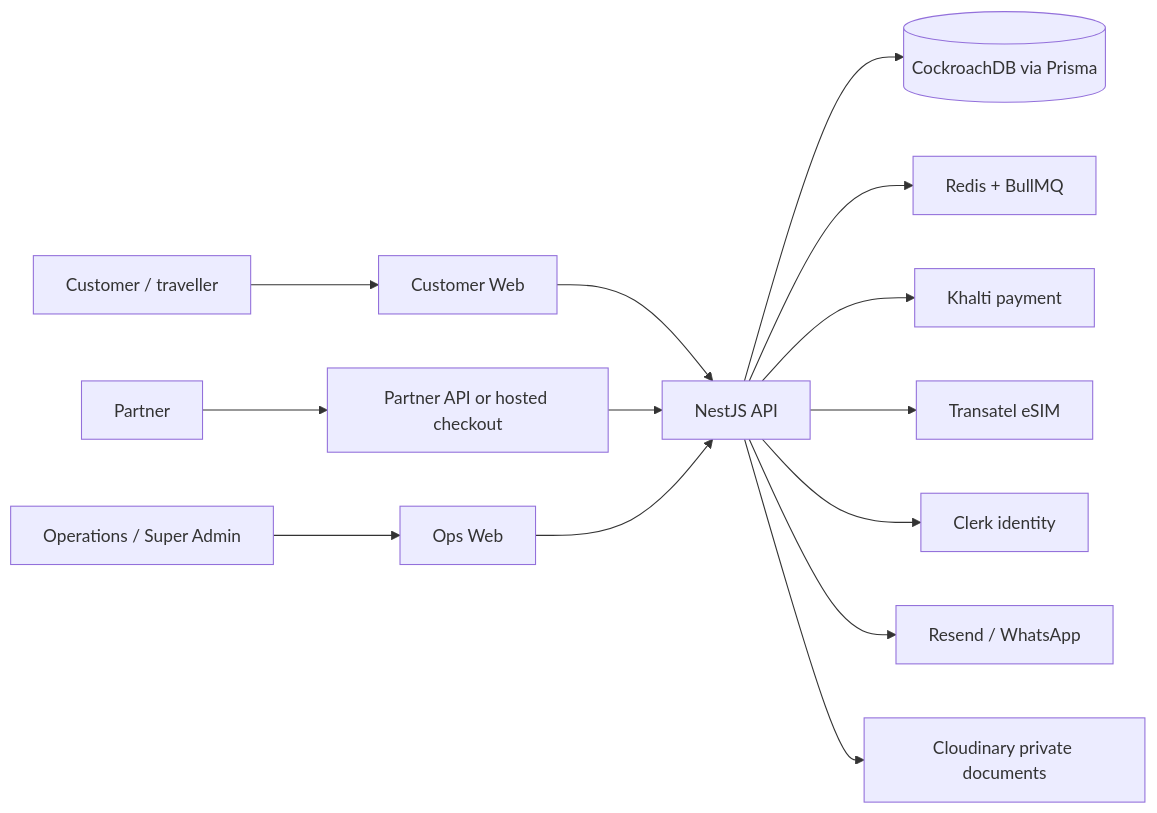
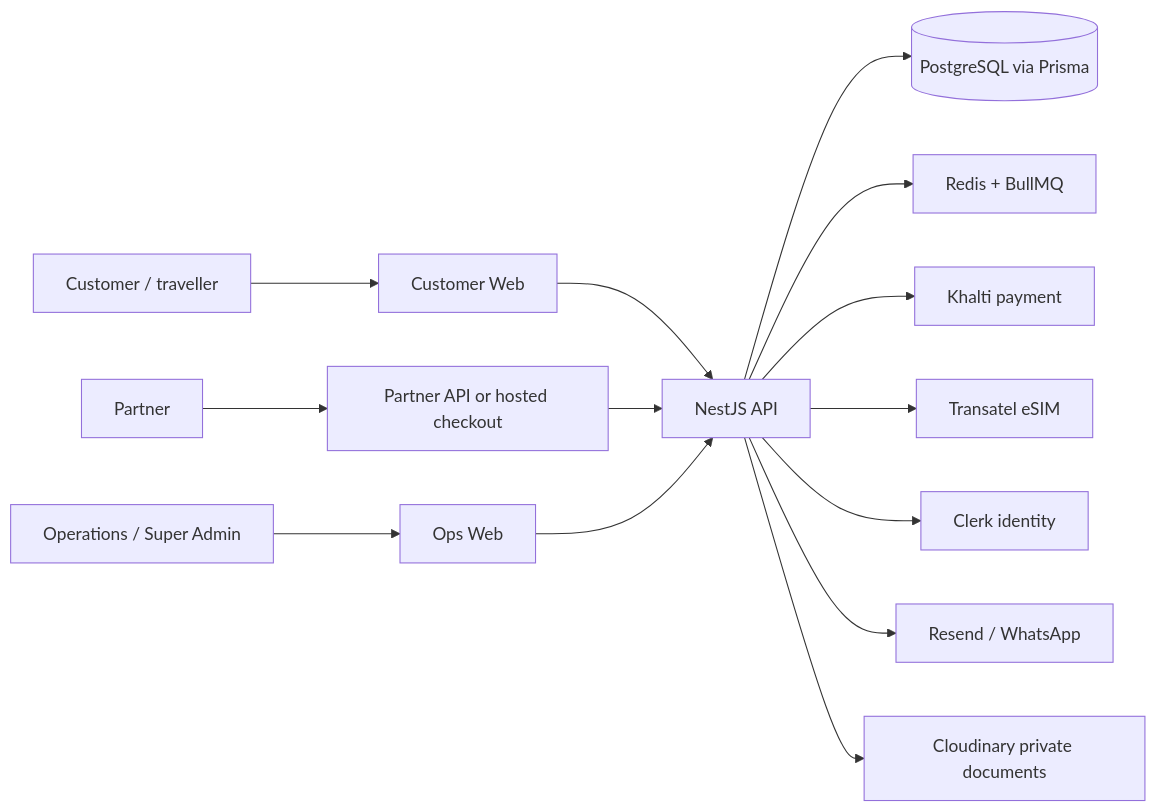
Before and after one commit to aaaaa012/esim: the first of 2 diagrams in docs/OVERALL-SYSTEM-SPECIFICATION.md, drawn with Mermaid. The commit also changed other lines of this file and 65 other files, not shown here.

Commit message:
feat(database): migrate persistence to PostgreSQL

````diff
--- a/docs/OVERALL-SYSTEM-SPECIFICATION.md
+++ b/docs/OVERALL-SYSTEM-SPECIFICATION.md
@@ -14,16 +14,16 @@
 ```mermaid
 flowchart LR
   C[Customer / traveller] --> CW[Customer Web]
   P[Partner] --> PA[Partner API or hosted checkout]
   O[Operations / Super Admin] --> OW[Ops Web]
   CW --> API[NestJS API]
   PA --> API
   OW --> API
-  API --> DB[(CockroachDB via Prisma)]
+  API --> DB[(PostgreSQL via Prisma)]
   API --> R[Redis + BullMQ]
   API --> K[Khalti payment]
   API --> T[Transatel eSIM]
   API --> CL[Clerk identity]
   API --> N[Resend / WhatsApp]
   API --> S[Cloudinary private documents]
 ```
````
